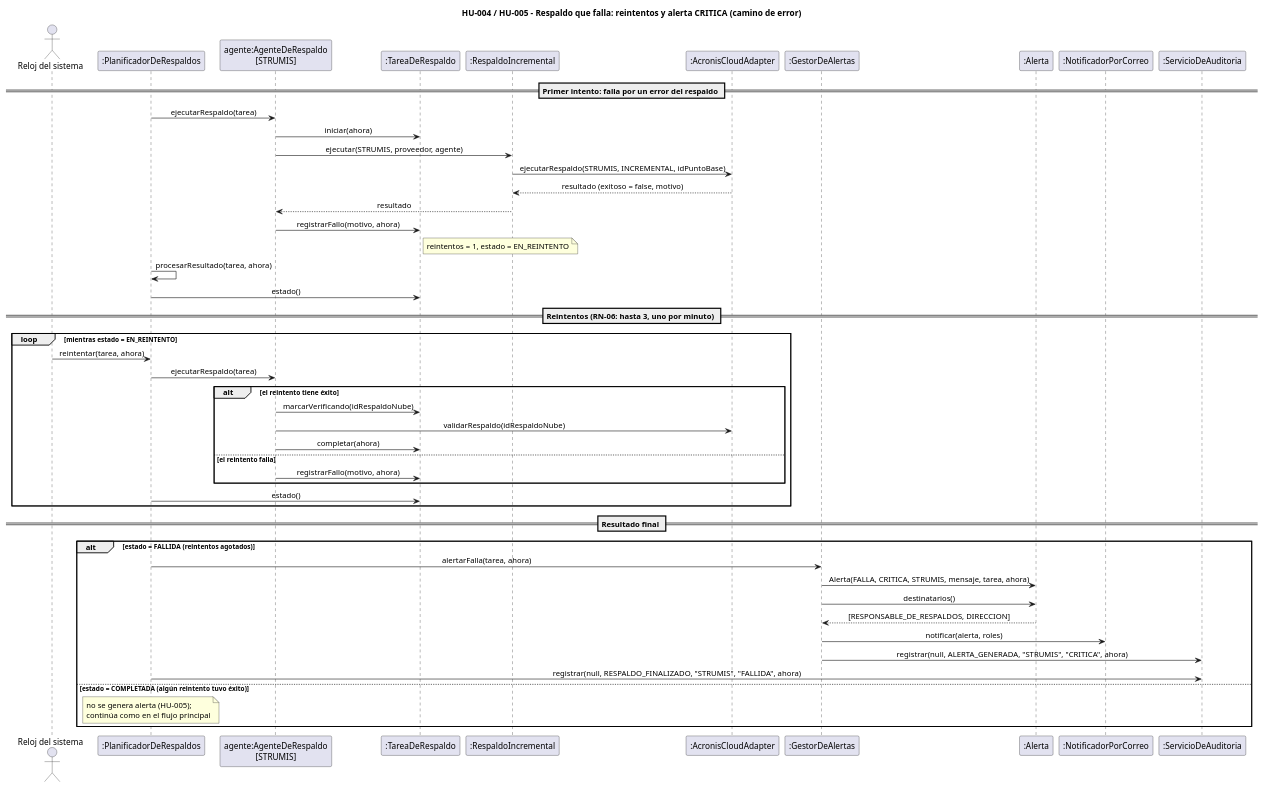
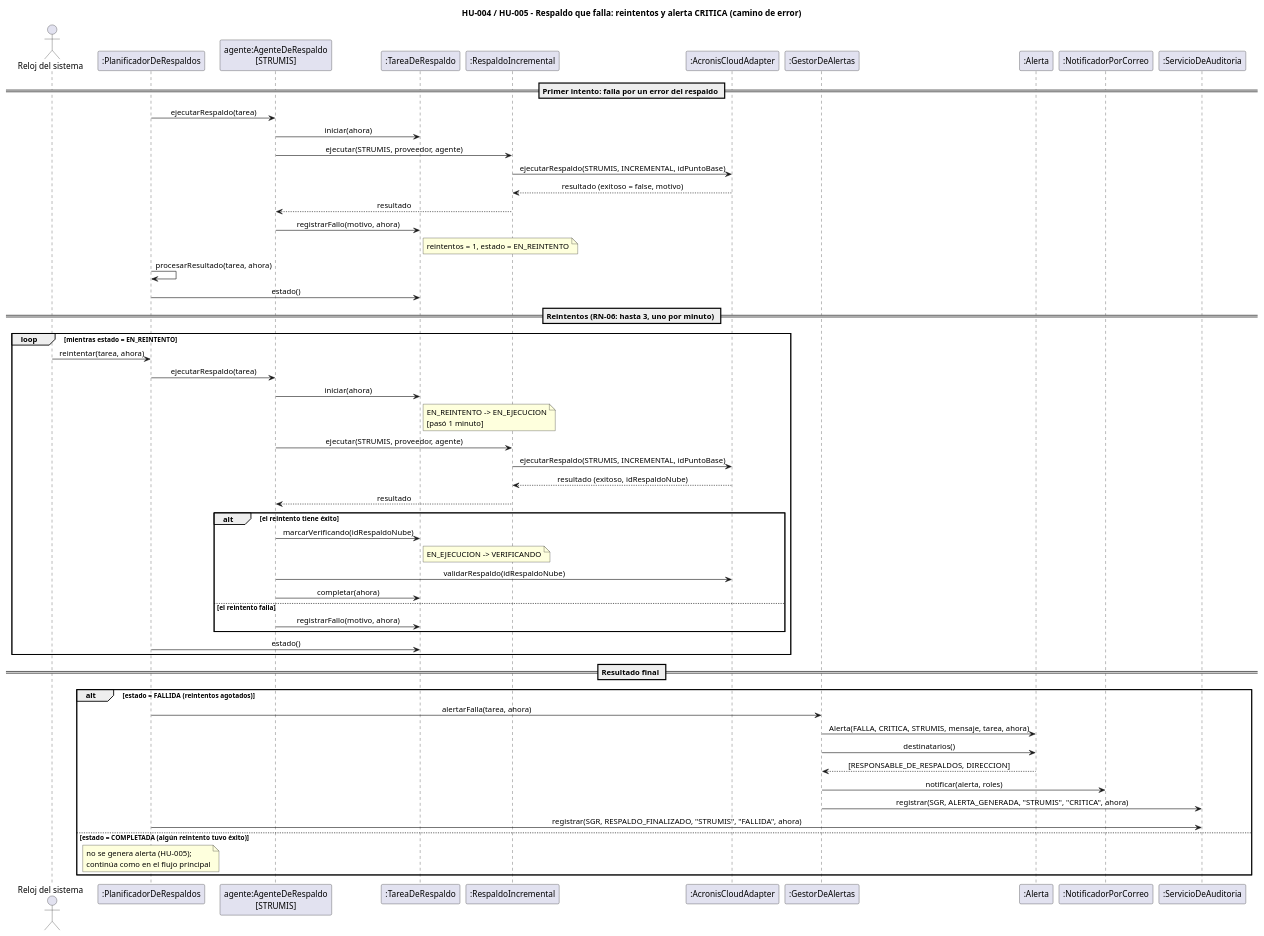
Before and after one commit to Julito-Art/ModelacionGruipo17: the diagram in diagramas/07-secuencia-hu004-error.puml, drawn with PlantUML. The commit also changed 11 other files, not shown here.

Commit message:
cambio en los diagramas

```diff
--- a/diagramas/07-secuencia-hu004-error.puml
+++ b/diagramas/07-secuencia-hu004-error.puml
@@ -1,64 +1,71 @@
 @startuml 07-secuencia-hu004-error
 title HU-004 / HU-005 – Respaldo que falla: reintentos y alerta CRITICA (camino de error)
 skinparam shadowing false
 skinparam defaultFontName Arial
 skinparam sequenceMessageAlign center
 ' @clase PLA PlanificadorDeRespaldos
 ' @clase AGE AgenteDeRespaldo
 ' @clase TAR TareaDeRespaldo
 ' @clase EST RespaldoIncremental
 ' @clase ADA AcronisCloudAdapter
 ' @clase ALE GestorDeAlertas
 ' @clase ALR Alerta
 ' @clase NOT NotificadorPorCorreo
 ' @clase AUD ServicioDeAuditoria
 actor "Reloj del sistema" as CLK
 participant ":PlanificadorDeRespaldos" as PLA
 participant "agente:AgenteDeRespaldo\n[STRUMIS]" as AGE
 participant ":TareaDeRespaldo" as TAR
 participant ":RespaldoIncremental" as EST
 participant ":AcronisCloudAdapter" as ADA
 participant ":GestorDeAlertas" as ALE
 participant ":Alerta" as ALR
 participant ":NotificadorPorCorreo" as NOT
 participant ":ServicioDeAuditoria" as AUD
 
 == Primer intento: falla por un error del respaldo ==
 PLA -> AGE : ejecutarRespaldo(tarea)
 AGE -> TAR : iniciar(ahora)
 AGE -> EST : ejecutar(STRUMIS, proveedor, agente)
 EST -> ADA : ejecutarRespaldo(STRUMIS, INCREMENTAL, idPuntoBase)
 ADA --> EST : resultado (exitoso = false, motivo)
 EST --> AGE : resultado
 AGE -> TAR : registrarFallo(motivo, ahora)
 note right of TAR : reintentos = 1, estado = EN_REINTENTO
 PLA -> PLA : procesarResultado(tarea, ahora)
 PLA -> TAR : estado()
 
 == Reintentos (RN-06: hasta 3, uno por minuto) ==
 loop mientras estado = EN_REINTENTO
   CLK -> PLA : reintentar(tarea, ahora)
   PLA -> AGE : ejecutarRespaldo(tarea)
+  AGE -> TAR : iniciar(ahora)
+  note right of TAR : EN_REINTENTO -> EN_EJECUCION\n[pasó 1 minuto]
+  AGE -> EST : ejecutar(STRUMIS, proveedor, agente)
+  EST -> ADA : ejecutarRespaldo(STRUMIS, INCREMENTAL, idPuntoBase)
+  ADA --> EST : resultado (exitoso, idRespaldoNube)
+  EST --> AGE : resultado
   alt el reintento tiene éxito
     AGE -> TAR : marcarVerificando(idRespaldoNube)
+    note right of TAR : EN_EJECUCION -> VERIFICANDO
     AGE -> ADA : validarRespaldo(idRespaldoNube)
     AGE -> TAR : completar(ahora)
   else el reintento falla
     AGE -> TAR : registrarFallo(motivo, ahora)
   end
   PLA -> TAR : estado()
 end
 
 == Resultado final ==
 alt estado = FALLIDA (reintentos agotados)
   PLA -> ALE : alertarFalla(tarea, ahora)
   ALE -> ALR : Alerta(FALLA, CRITICA, STRUMIS, mensaje, tarea, ahora)
   ALE -> ALR : destinatarios()
   ALR --> ALE : [RESPONSABLE_DE_RESPALDOS, DIRECCION]
   ALE -> NOT : notificar(alerta, roles)
-  ALE -> AUD : registrar(null, ALERTA_GENERADA, "STRUMIS", "CRITICA", ahora)
-  PLA -> AUD : registrar(null, RESPALDO_FINALIZADO, "STRUMIS", "FALLIDA", ahora)
+  ALE -> AUD : registrar(SGR, ALERTA_GENERADA, "STRUMIS", "CRITICA", ahora)
+  PLA -> AUD : registrar(SGR, RESPALDO_FINALIZADO, "STRUMIS", "FALLIDA", ahora)
 else estado = COMPLETADA (algún reintento tuvo éxito)
   note over PLA : no se genera alerta (HU-005);\ncontinúa como en el flujo principal
 end
 @enduml
```
